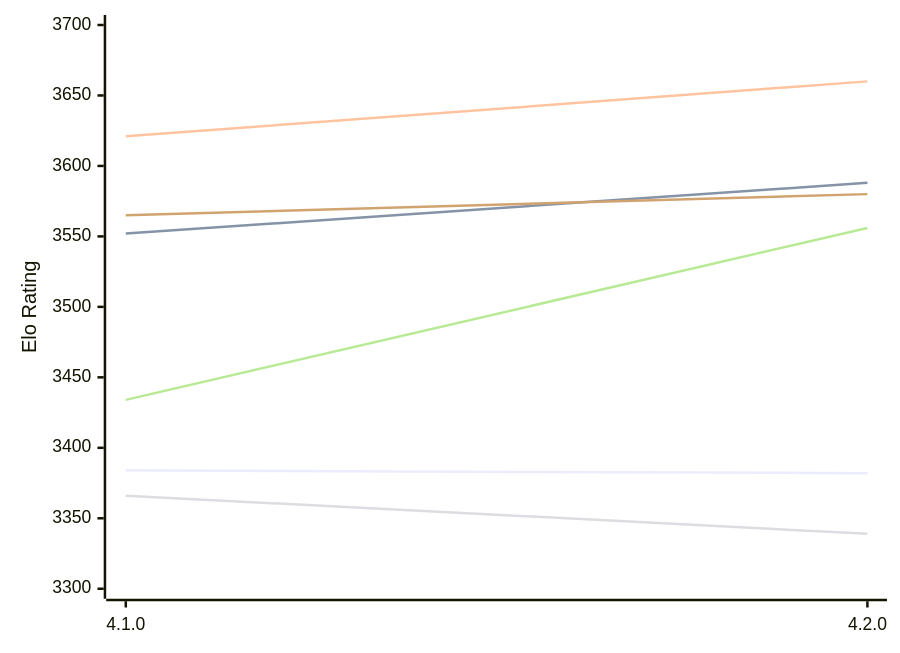
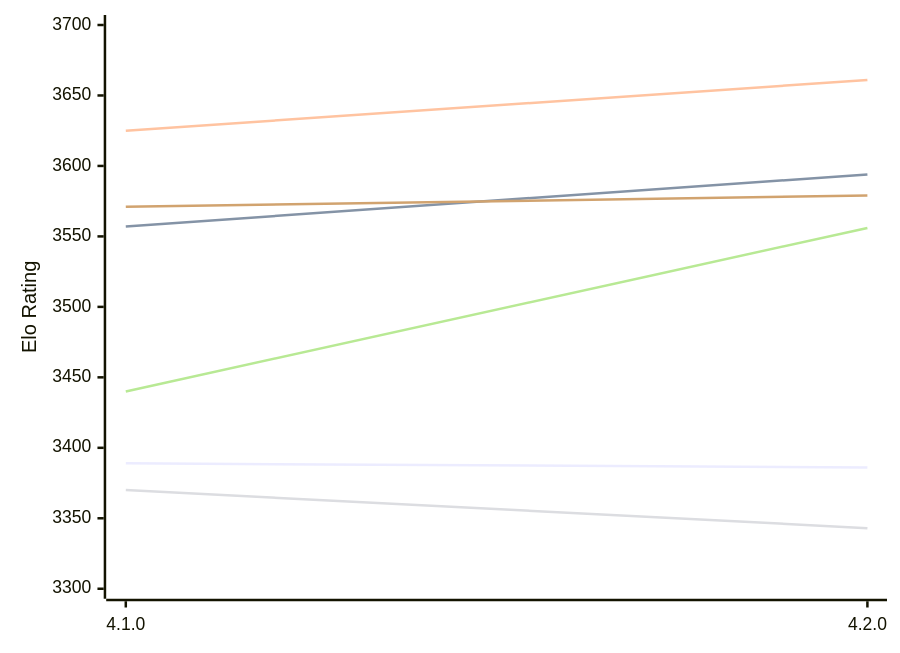
Before and after one commit to computer-chess-index/cci: the first of 2 diagrams in engines/Raphael.md, drawn with Mermaid. The commit also changed other lines of this file, not shown here.

Commit message:
Update CCI Ratings (ELO VLTC) - 2026-11-20

````diff
--- a/engines/Raphael.md
+++ b/engines/Raphael.md
@@ -59,12 +59,12 @@
 ```mermaid
 %%{init: {"theme":"base","themeVariables":{"seriesColors:['#a3a3a3','#222221','#faa371']}}}%%
 xychart-beta
   x-axis ["4.1.0", "4.2.0"]
   y-axis "Elo Rating" 3300 --> 3700
-  line "E1: STC (8.0+0.08s)" [3384, 3382]
-  line "E1: LTC (60.0+0.60s)" [3552, 3588]
-  line "E1: VLTC (2m24s+1.12s)" [3621, 3660]
-  line "P1: STC (8.0+0.08s)" [3366, 3339]
-  line "P1: LTC (60.0+0.60s)" [3434, 3556]
-  line "P1: VLTC (2m24s+1.12s)" [3565, 3580]
+  line "E1: STC (8.0+0.08s)" [3389, 3386]
+  line "E1: LTC (60.0+0.60s)" [3557, 3594]
+  line "E1: VLTC (2m24s+1.12s)" [3625, 3661]
+  line "P1: STC (8.0+0.08s)" [3370, 3343]
+  line "P1: LTC (60.0+0.60s)" [3440, 3556]
+  line "P1: VLTC (2m24s+1.12s)" [3571, 3579]
 ```
````
